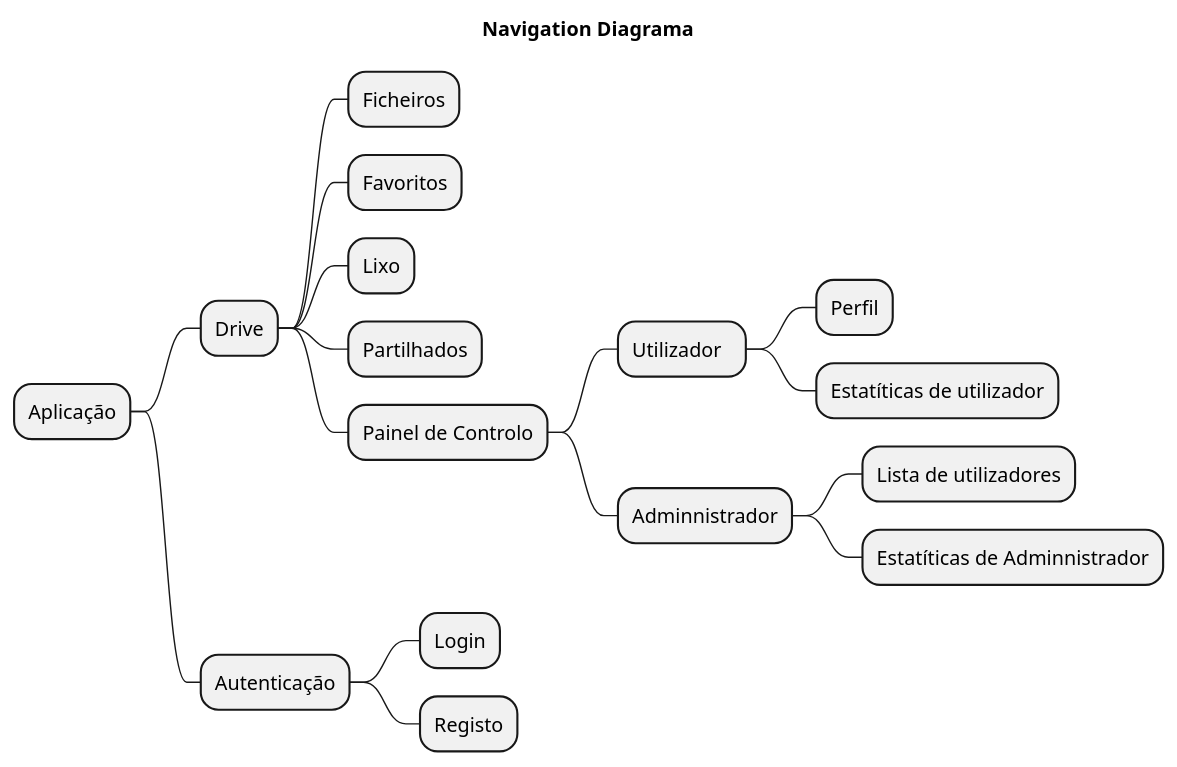
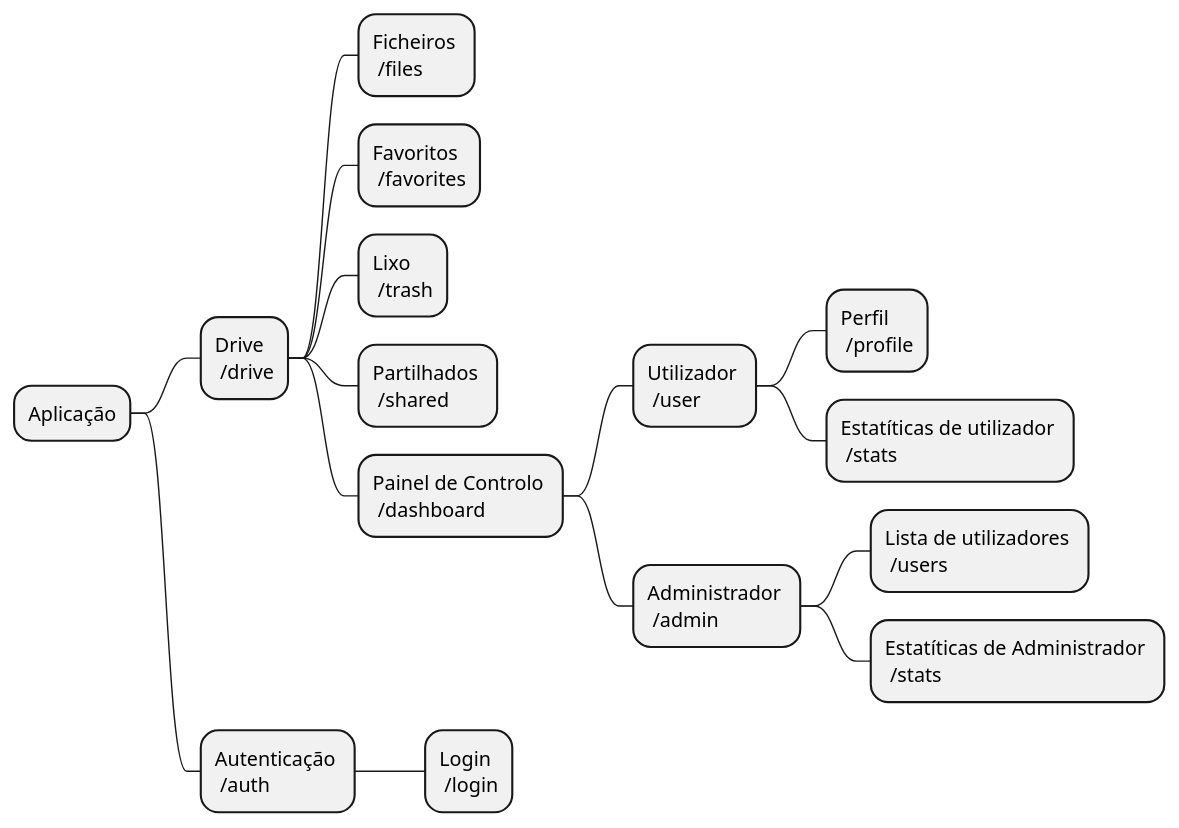
One commit to ricardofalcao/My-Cloud changed the diagram in docs/navigation.puml. Above: the diagram before and after it, drawn with PlantUML. The commit also changed 39 other files, not shown here.

Commit message:
Changed to MVC architecture

```diff
--- a/docs/navigation.puml
+++ b/docs/navigation.puml
@@ -1,27 +1,23 @@
 @startmindmap
 
 skinparam linetype ortho
 skinparam Monochrome true
 
-title Navigation Diagrama
-
-
 * Aplicação
-** Drive
-*** Ficheiros
-*** Favoritos
-*** Lixo
-*** Partilhados
-*** Painel de Controlo
-**** Utilizador  
-***** Perfil
-***** Estatíticas de utilizador
-**** Adminnistrador
-***** Lista de utilizadores
-***** Estatíticas de Adminnistrador
-** Autenticação
-*** Login
-*** Registo
+** Drive \n /drive
+*** Ficheiros \n /files
+*** Favoritos \n /favorites
+*** Lixo \n /trash
+*** Partilhados \n /shared
+*** Painel de Controlo \n /dashboard
+**** Utilizador \n /user
+***** Perfil \n /profile
+***** Estatíticas de utilizador \n /stats
+**** Administrador \n /admin
+***** Lista de utilizadores \n /users
+***** Estatíticas de Administrador \n /stats
+** Autenticação \n /auth
+*** Login \n /login
 
 
 @endmindmap
```
